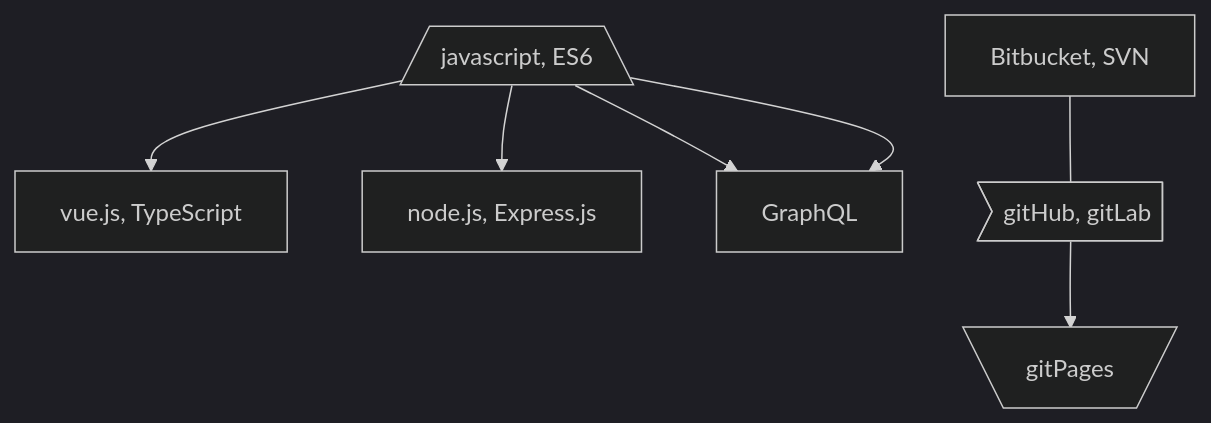
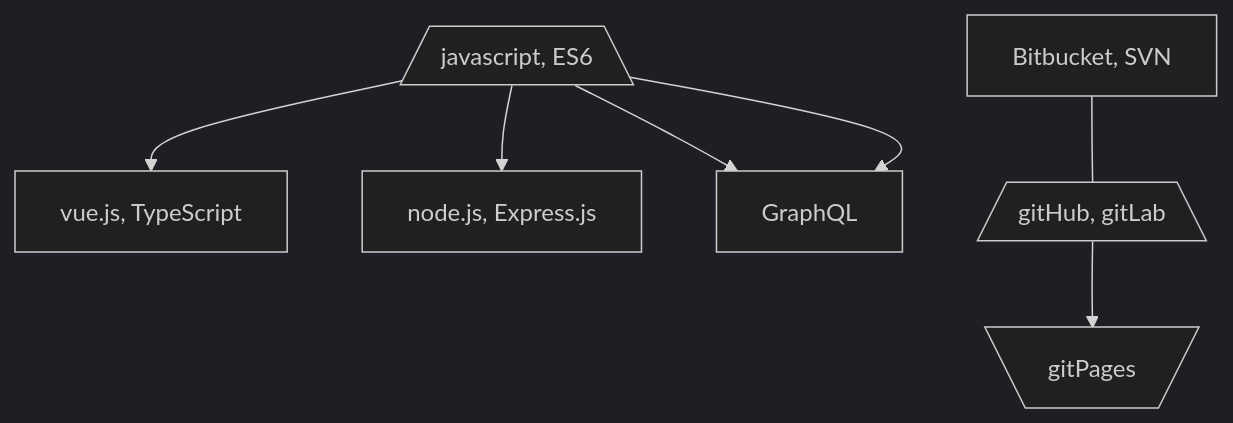
The third of 4 diagrams in _tabs/about.md (abarthdew/abarthdew.github.io), drawn with Mermaid (dark theme) before and after one commit. The commit also changed other lines of this file and 11 other files, not shown here.

````diff
--- a/_tabs/about.md
+++ b/_tabs/about.md
@@ -28,10 +28,10 @@
 ```mermaid
 flowchart TD
     C[/javascript, ES6\]
     C-->c-1[vue.js, TypeScript]
     C-->c-2[node.js, Express.js]
     C-->c-3[JQuery, Thymeleaf]
     C-->c-3[GraphQL]
-    F[Bitbucket, SVN]---D>gitHub, gitLab]
+    F[Bitbucket, SVN]---D[/gitHub, gitLab\]
     D-->E[\gitPages/]
 ```
````
